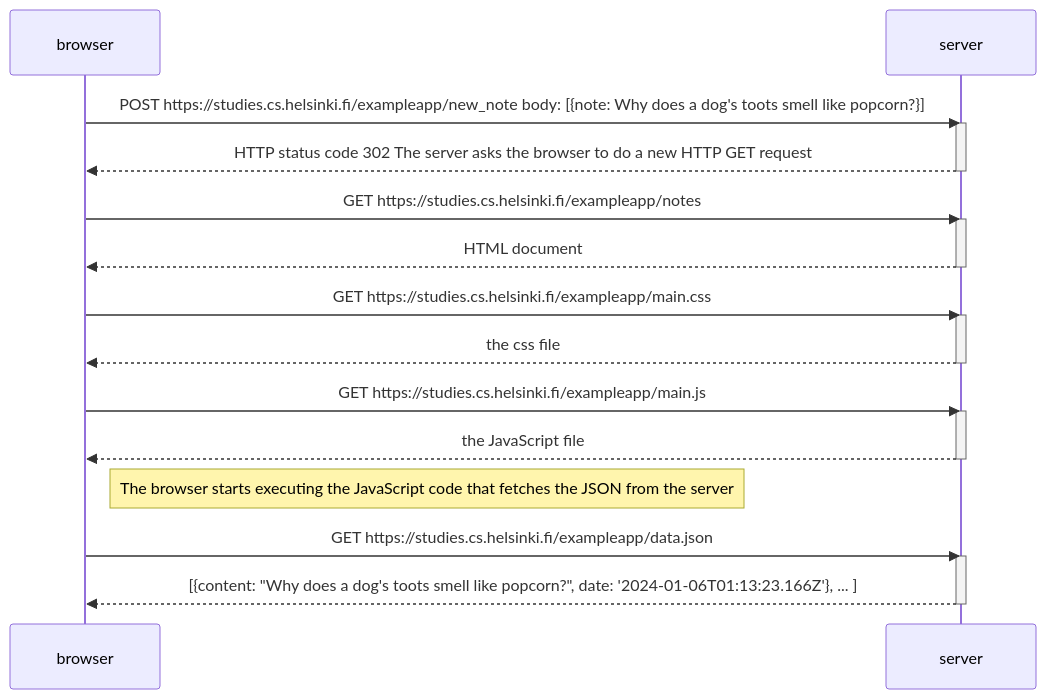
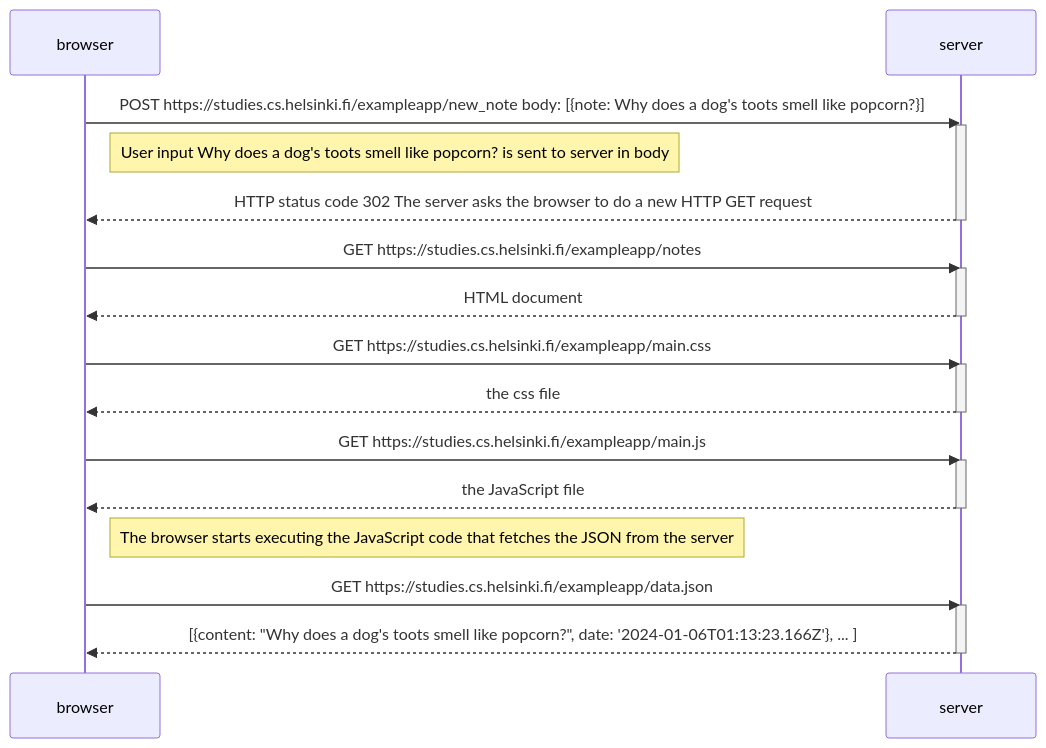
One commit to mzavattaro/0.4-new-note-diagram changed the diagram in README.md. Above: the diagram before and after it, drawn with Mermaid.

Commit message:
New note diagram

````diff
--- a/README.md
+++ b/README.md
@@ -1,32 +1,33 @@
 ```mermaid
 sequenceDiagram
     participant browser
     participant server
 
     browser->>server: POST https://studies.cs.helsinki.fi/exampleapp/new_note body: [{note: Why does a dog's toots smell like popcorn?}]
     activate server
+    Note right of browser: User input Why does a dog's toots smell like popcorn? is sent to server in body
     server-->>browser: HTTP status code 302 The server asks the browser to do a new HTTP GET request
     deactivate server
 
     browser->>server: GET https://studies.cs.helsinki.fi/exampleapp/notes
     activate server
     server-->>browser: HTML document
     deactivate server
 
     browser->>server: GET https://studies.cs.helsinki.fi/exampleapp/main.css
     activate server
     server-->>browser: the css file
     deactivate server
 
     browser->>server: GET https://studies.cs.helsinki.fi/exampleapp/main.js
     activate server
     server-->>browser: the JavaScript file
     deactivate server
 
     Note right of browser: The browser starts executing the JavaScript code that fetches the JSON from the server
 
     browser->>server: GET https://studies.cs.helsinki.fi/exampleapp/data.json
     activate server
     server-->>browser: [{content: "Why does a dog's toots smell like popcorn?", date: '2024-01-06T01:13:23.166Z'}, ... ]
     deactivate server
 ```
````
